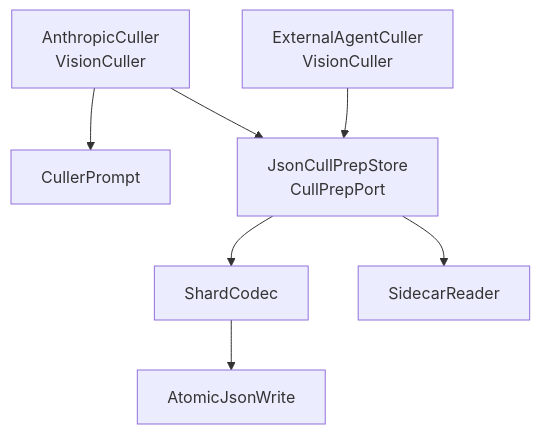
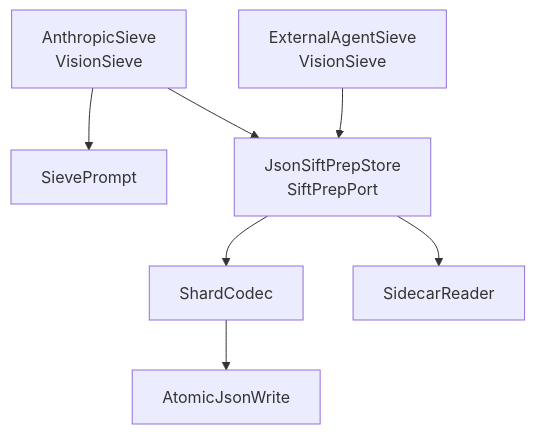
Diagram 12 of 14 in app/docs/design/architecture.md (AdrianNachev91/sluice), drawn with Mermaid before and after one commit. The commit also changed other lines of this file and 379 other files, not shown here.

First line of the commit message:
refactor(sift): cull becomes sift, and the vision port becomes a sieve

````diff
--- a/app/docs/design/architecture.md
+++ b/app/docs/design/architecture.md
@@ -470,17 +473,17 @@
 ```mermaid
 flowchart TB
-    ANTH["AnthropicCuller<br/>VisionCuller"]
-    EXT["ExternalAgentCuller<br/>VisionCuller"]
-    PROMPT["CullerPrompt"]
-    STORE["JsonCullPrepStore<br/>CullPrepPort"]
+    ANTH["AnthropicSieve<br/>VisionSieve"]
+    EXT["ExternalAgentSieve<br/>VisionSieve"]
+    PROMPT["SievePrompt"]
+    STORE["JsonSiftPrepStore<br/>SiftPrepPort"]
     SHARD["ShardCodec"]
     SIDE["SidecarReader"]
     ATOMIC["AtomicJsonWrite"]
 
     ANTH --> PROMPT
     ANTH --> STORE
     EXT --> STORE
     STORE --> SHARD
     STORE --> SIDE
     SHARD --> ATOMIC
 ```
````
